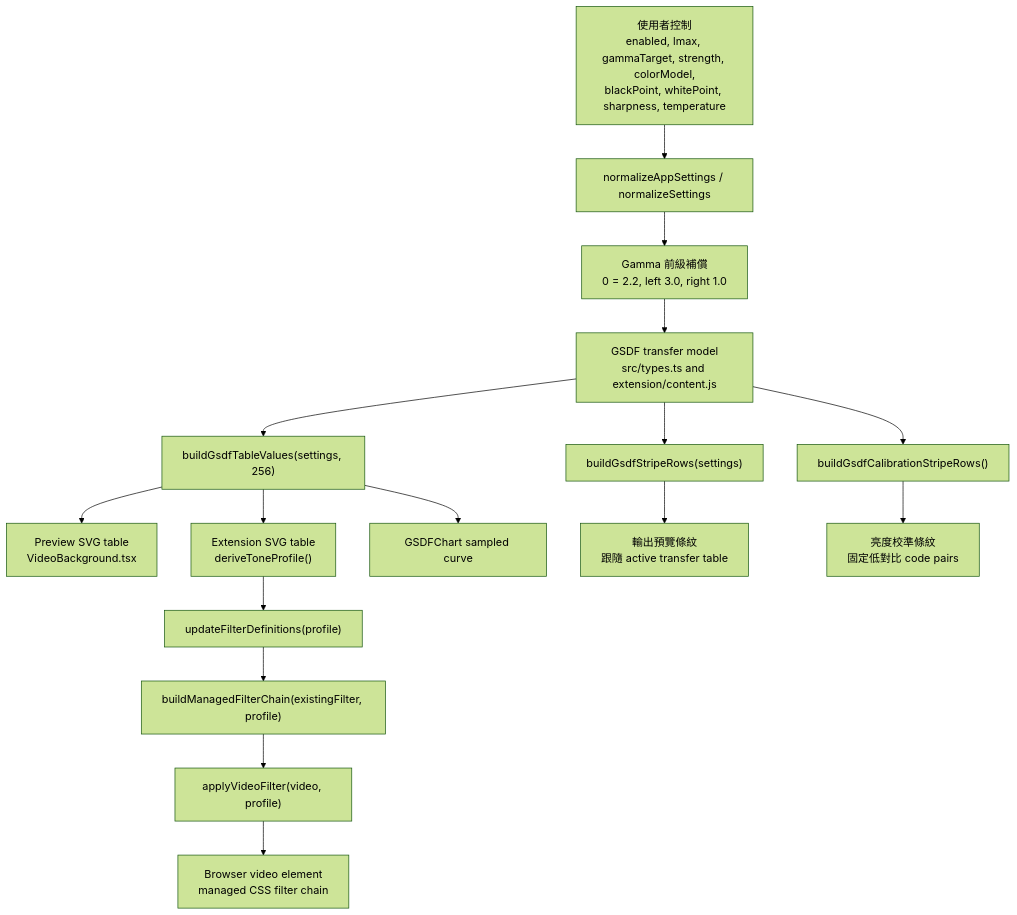
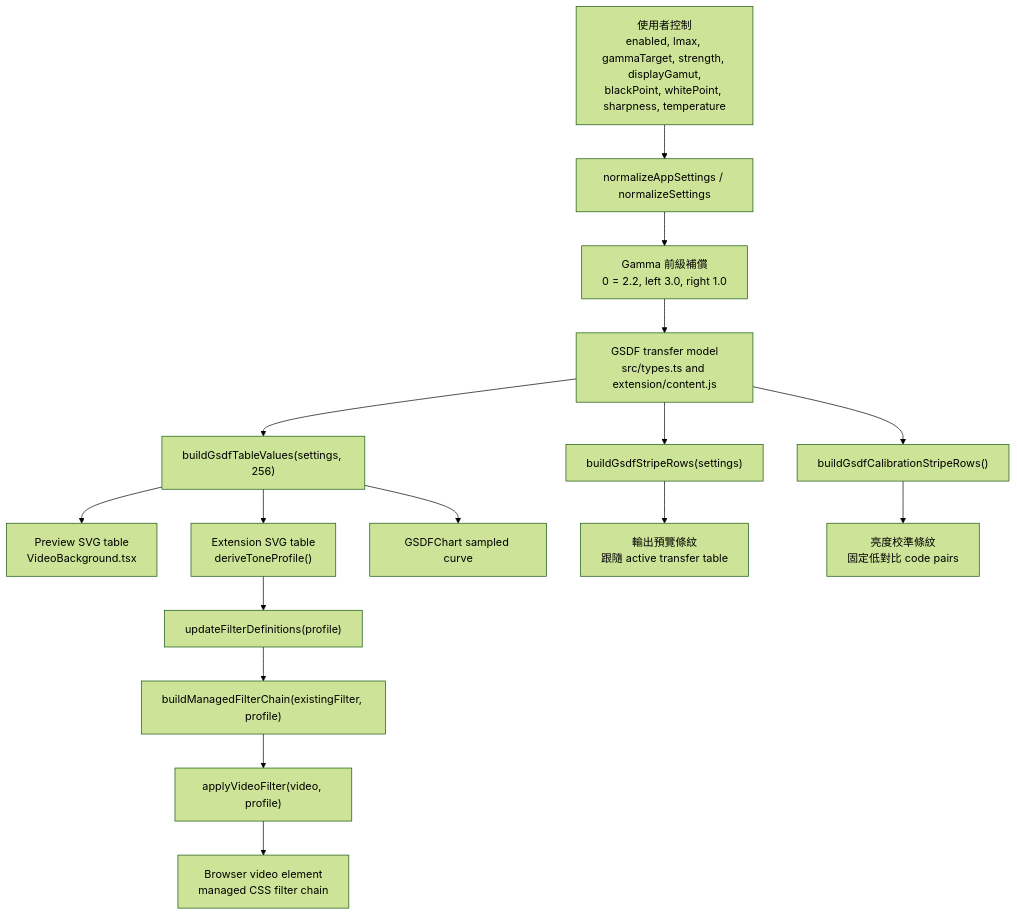
One commit to pingqLIN/gsdf-eotf-video-adjuster changed the first of 3 diagrams in docs/gsdf-model.ZHTW.md. Above: the diagram before and after it, drawn with Mermaid (forest theme). The commit also changed other lines of this file and 19 other files, not shown here.

Commit message:
Add CSDF-inspired display gamut controls

````diff
--- a/docs/gsdf-model.ZHTW.md
+++ b/docs/gsdf-model.ZHTW.md
@@ -80,18 +80,18 @@
 ```mermaid
 flowchart TD
-  A["使用者控制<br/>enabled, lmax, gammaTarget, strength, colorModel,<br/>blackPoint, whitePoint, sharpness, temperature"] --> B["normalizeAppSettings / normalizeSettings"]
+  A["使用者控制<br/>enabled, lmax, gammaTarget, strength, displayGamut,<br/>blackPoint, whitePoint, sharpness, temperature"] --> B["normalizeAppSettings / normalizeSettings"]
   B --> C["Gamma 前級補償<br/>0 = 2.2, left 3.0, right 1.0"]
   C --> D["GSDF transfer model<br/>src/types.ts and extension/content.js"]
   D --> E["buildGsdfTableValues(settings, 256)"]
   D --> F["buildGsdfStripeRows(settings)"]
   D --> G["buildGsdfCalibrationStripeRows()"]
   E --> H["Preview SVG table<br/>VideoBackground.tsx"]
   E --> I["Extension SVG table<br/>deriveToneProfile()"]
   E --> J["GSDFChart sampled curve"]
   F --> K["輸出預覽條紋<br/>跟隨 active transfer table"]
   G --> L["亮度校準條紋<br/>固定低對比 code pairs"]
   I --> M["updateFilterDefinitions(profile)"]
   M --> N["buildManagedFilterChain(existingFilter, profile)"]
   N --> O["applyVideoFilter(video, profile)"]
   O --> P["Browser video element<br/>managed CSS filter chain"]
 ```
````
